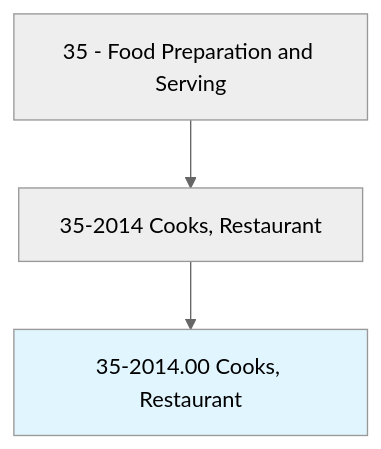
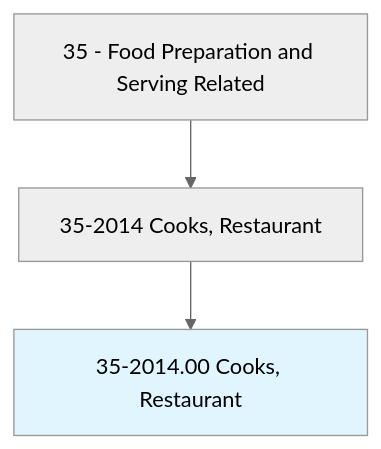
One commit to kziemski/business.org.ai changed the first of 4 diagrams in occupations/FoodService/CooksRestaurant.mdx. Above: the diagram before and after it, drawn with Mermaid (neutral theme). The commit also changed other lines of this file and 938 other files, not shown here.

````diff
--- a/occupations/FoodService/CooksRestaurant.mdx
+++ b/occupations/FoodService/CooksRestaurant.mdx
@@ -19,6 +23,6 @@
 ```mermaid
 graph TD
-    Cat35["35 - Food Preparation and Serving"] --> Group352014["35-2014 Cooks, Restaurant"]
+    Cat35["35 - Food Preparation and Serving Related"] --> Group352014["35-2014 Cooks, Restaurant"]
     Group352014 --> Current["35-2014.00 Cooks, Restaurant"]
     style Current fill:#e1f5fe
 ```
````
